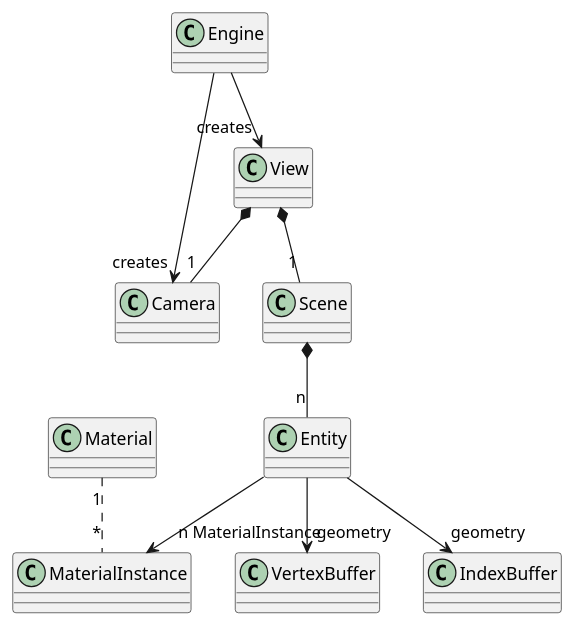
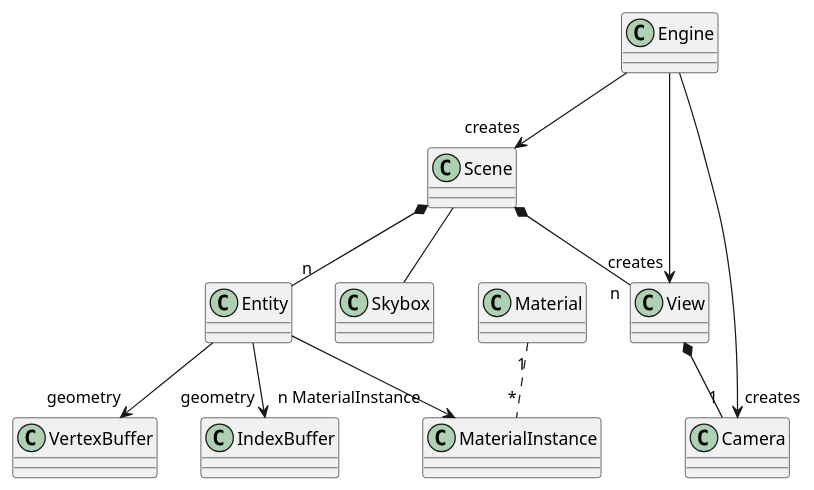
One commit to kamkash/tilepuzzles_android changed the diagram in app/src/main/cpp/tilePuzzlesLib/architecture/classes.puml. Above: the diagram before and after it, drawn with PlantUML. The commit also changed 16 other files, not shown here.

```diff
--- a/app/src/main/cpp/tilePuzzlesLib/architecture/classes.puml
+++ b/app/src/main/cpp/tilePuzzlesLib/architecture/classes.puml
@@ -1,11 +1,14 @@
 @startuml hello
+class Skybox
+Engine --> "creates" Scene
+Engine --> "creates" View
 Engine --> "creates" Camera
-Engine --> "creates" View
-View *-- "1" Scene
+Scene -- Skybox
+Scene *-- "n" View
 View *-- "1" Camera
 Scene *-- "n" Entity
 Material "1" .. "*" MaterialInstance
 Entity --> "n MaterialInstance" MaterialInstance
 Entity --> "geometry" VertexBuffer
 Entity -->  "geometry" IndexBuffer
 @enduml
```
